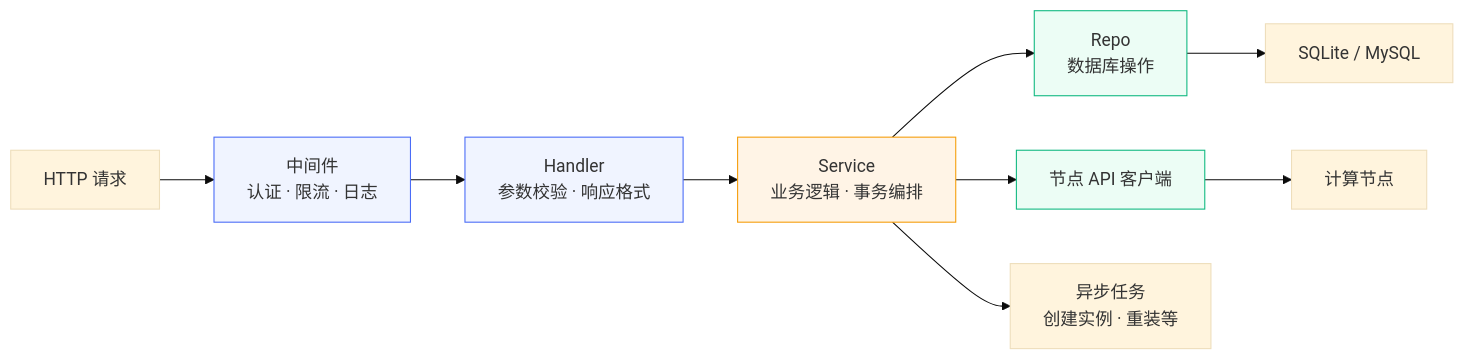
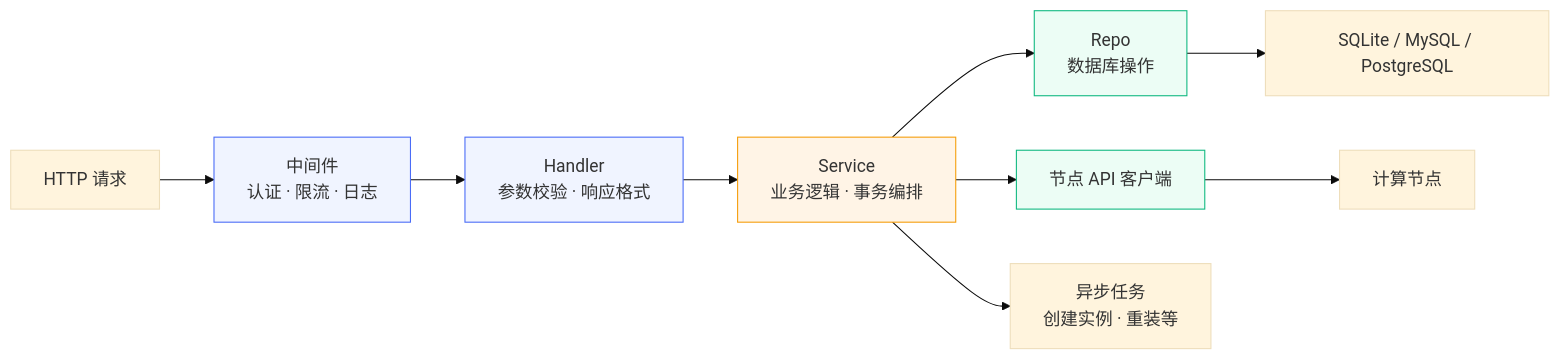
The second of 2 diagrams in docs/novaix/introduce.md (huohuastudio/docs), drawn with Mermaid (base theme) before and after one commit. The commit also changed other lines of this file and 39 other files, not shown here.

````diff
--- a/docs/novaix/introduce.md
+++ b/docs/novaix/introduce.md
@@ -103,17 +103,17 @@
 ```mermaid
 graph LR
     req["HTTP 请求"] --> mw["中间件<br/>认证 · 限流 · 日志"]
     mw --> handler["Handler<br/>参数校验 · 响应格式"]
     handler --> service["Service<br/>业务逻辑 · 事务编排"]
     service --> repo["Repo<br/>数据库操作"]
     service --> client["节点 API 客户端"]
     service --> task["异步任务<br/>创建实例 · 重装等"]
-    repo --> db["SQLite / MySQL"]
+    repo --> db["SQLite / MySQL / PostgreSQL"]
     client --> node["计算节点"]
 
     style mw fill:#f0f4ff,stroke:#4a6cf7
     style handler fill:#f0f4ff,stroke:#4a6cf7
     style service fill:#fff4e6,stroke:#f59e0b
     style repo fill:#ecfdf5,stroke:#10b981
     style client fill:#ecfdf5,stroke:#10b981
 ```
````
